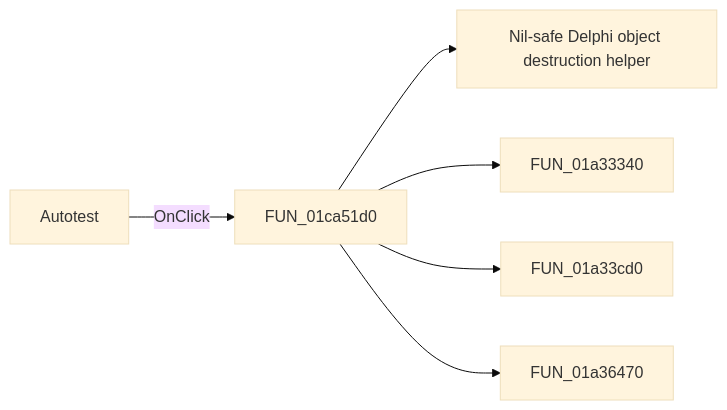
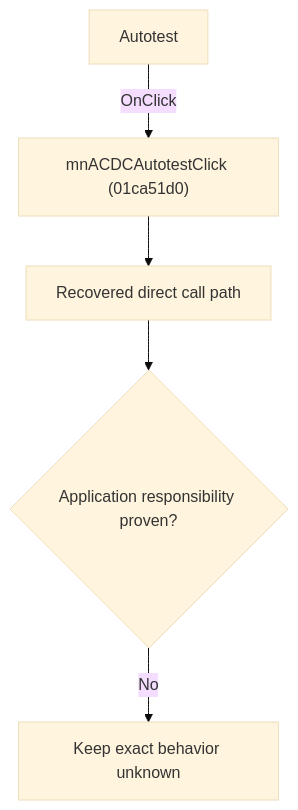
Before and after one commit to MovGP0/TIARA: the diagram in docs/ui-controls/schematiceditor/mnacdcautotest-710e51f5d6.md, drawn with Mermaid (base theme). The commit also changed other lines of this file and 1062 other files, not shown here.

````diff
--- a/docs/ui-controls/schematiceditor/mnacdcautotest-710e51f5d6.md
+++ b/docs/ui-controls/schematiceditor/mnacdcautotest-710e51f5d6.md
@@ -27,8 +27,7 @@
 ```mermaid
-flowchart LR
-    control["Autotest"] -->|OnClick| handler["FUN_01ca51d0"]
-    handler --> call1["Nil-safe Delphi object destruction helper"]
-    handler --> call2["FUN_01a33340"]
-    handler --> call3["FUN_01a33cd0"]
-    handler --> call4["FUN_01a36470"]
+flowchart TD
+    control["Autotest"] -->|"OnClick"| handler["mnACDCAutotestClick (01ca51d0)"]
+    handler --> recovered["Recovered direct call path"]
+    recovered --> gap{"Application responsibility proven?"}
+    gap -->|"No"| blocked["Keep exact behavior unknown"]
 ```
````
